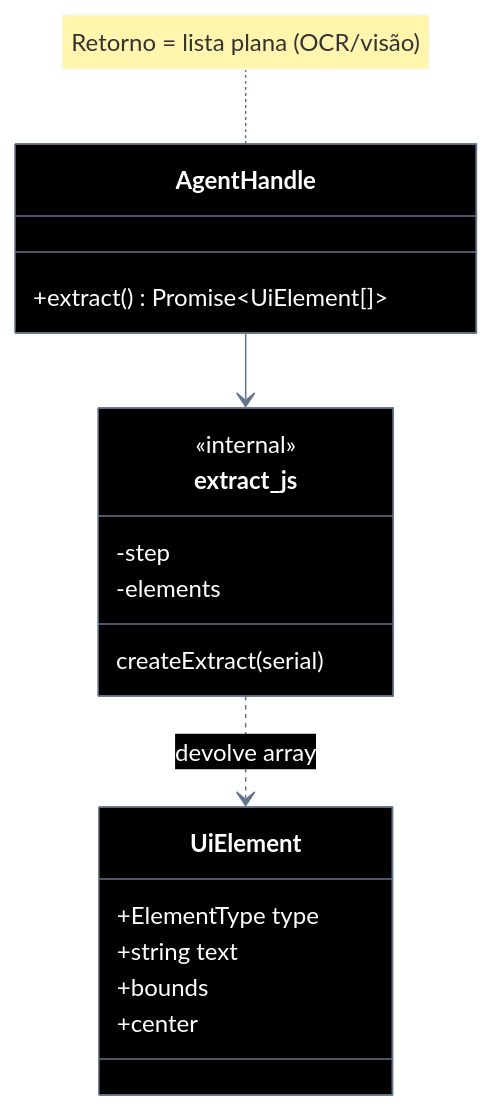
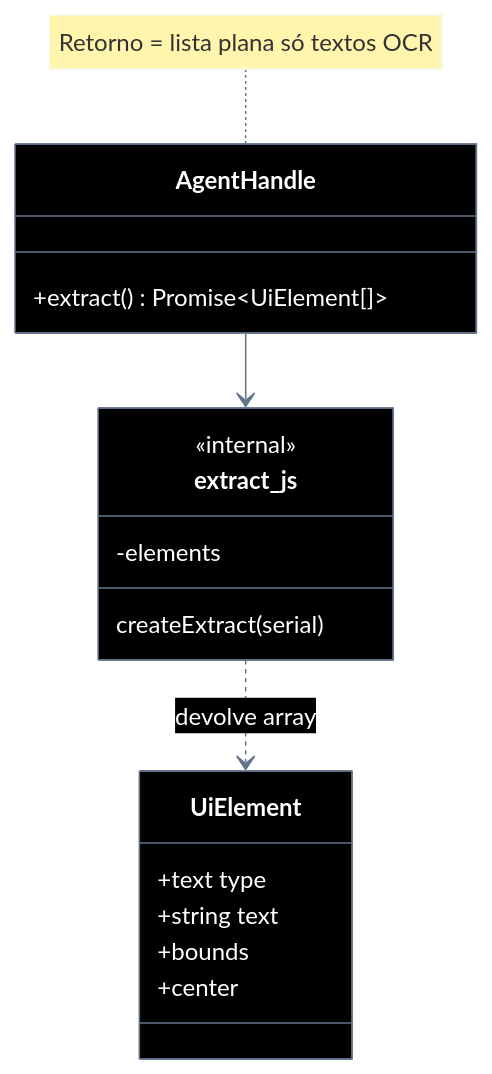
Before and after one commit to laerciogermano/workstation: the second of 2 diagrams in screen-robot/implementation-plan/EP-05-extrair-elementos.md, drawn with Mermaid. The commit also changed other lines of this file and 19 other files, not shown here.

First line of the commit message:
Documenta extract() só com textos OCR e cancela US-14..16 / SC-18..21 / TSK-024..027.

````diff
--- a/screen-robot/implementation-plan/EP-05-extrair-elementos.md
+++ b/screen-robot/implementation-plan/EP-05-extrair-elementos.md
@@ -298,46 +245,45 @@
 ```mermaid
 ---
 config:
   theme: base
   themeVariables:
     darkMode: true
     background: '#000000'
     primaryColor: '#000000'
     primaryTextColor: '#ffffff'
     primaryBorderColor: '#64748b'
     secondaryColor: '#000000'
     secondaryTextColor: '#ffffff'
     secondaryBorderColor: '#64748b'
     tertiaryColor: '#000000'
     tertiaryTextColor: '#ffffff'
     tertiaryBorderColor: '#64748b'
     lineColor: '#64748b'
     textColor: '#ffffff'
     mainBkg: '#000000'
     nodeBorder: '#64748b'
     clusterBkg: '#000000'
     clusterBorder: '#333333'
     titleColor: '#ffffff'
     classText: '#ffffff'
 ---
 classDiagram
   direction TB
   class AgentHandle {
     +extract() Promise~UiElement[]~
   }
   class UiElement {
-    +ElementType type
+    +text type
     +string text
     +bounds
     +center
   }
   class extract_js {
     <<internal>>
     createExtract(serial)
-    -step
     -elements
   }
-  note for AgentHandle "Retorno = lista plana (OCR/visão)"
+  note for AgentHandle "Retorno = lista plana só textos OCR"
   AgentHandle --> extract_js
   extract_js ..> UiElement : devolve array
 ```
````
